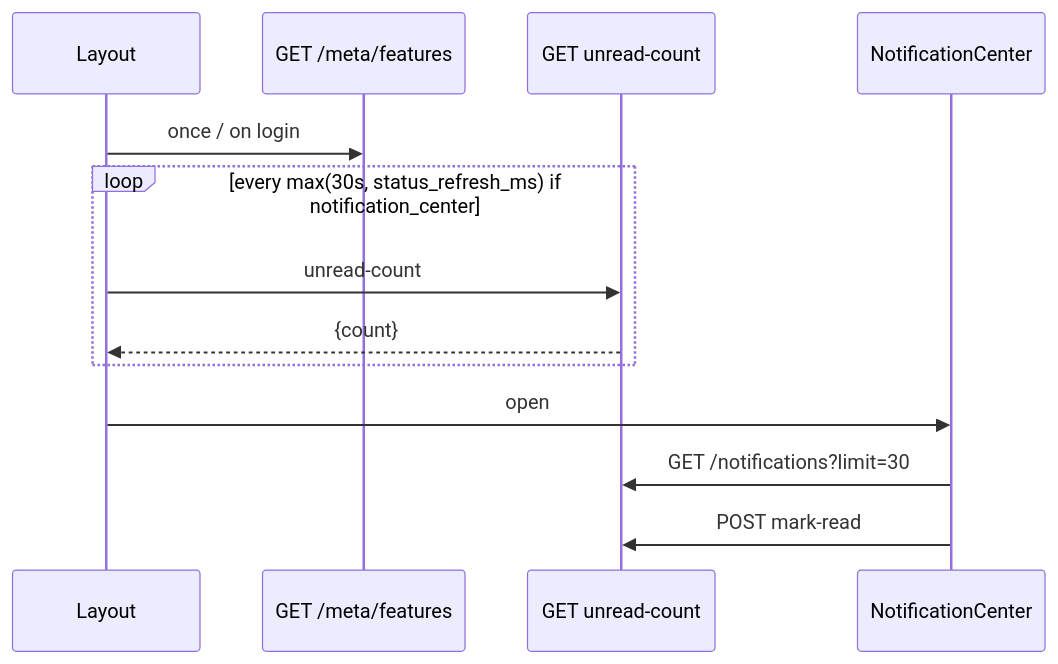
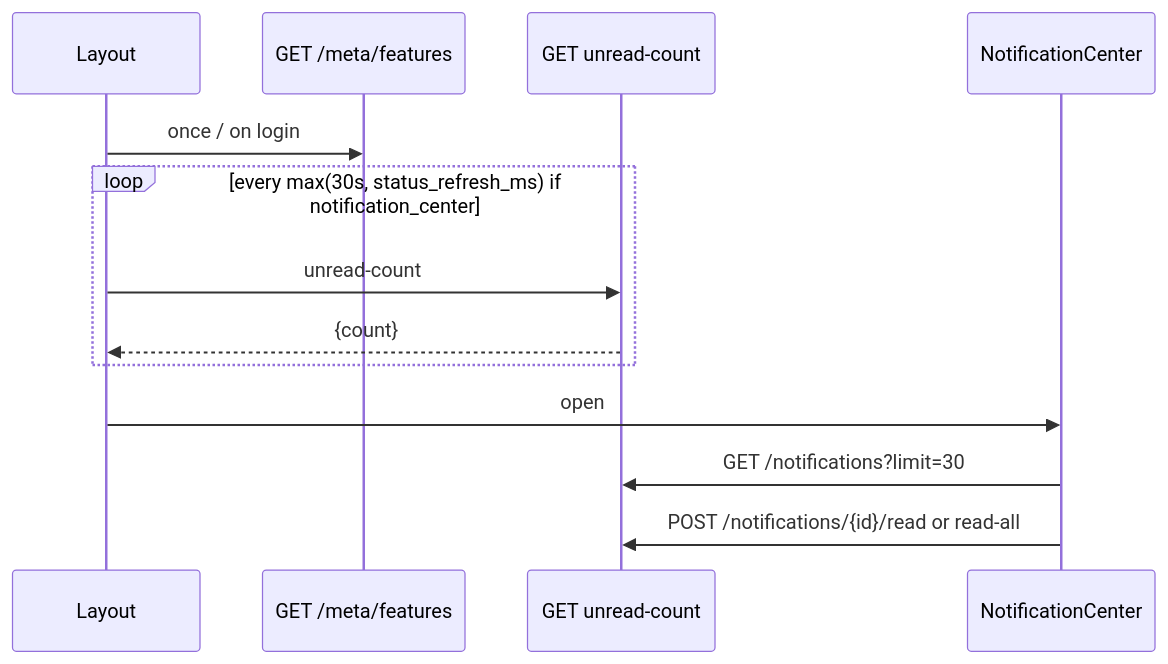
One commit to sarveshsood/Agentic-Cybersecurity-Threat-Intelligence-Incident-Response-Advisor changed the third of 4 diagrams in docs/product/COLLABORATION_AND_SAVED_FILTERS_DESIGN.md. Above: the diagram before and after it, drawn with Mermaid. The commit also changed other lines of this file and 188 other files, not shown here.

````diff
--- a/docs/product/COLLABORATION_AND_SAVED_FILTERS_DESIGN.md
+++ b/docs/product/COLLABORATION_AND_SAVED_FILTERS_DESIGN.md
@@ -651,16 +661,16 @@
 ```mermaid
 sequenceDiagram
   participant Layout
   participant Feat as GET /meta/features
   participant API as GET unread-count
   participant Drawer as NotificationCenter
 
   Layout->>Feat: once / on login
   loop every max(30s, status_refresh_ms) if notification_center
     Layout->>API: unread-count
     API-->>Layout: {count}
   end
   Layout->>Drawer: open
   Drawer->>API: GET /notifications?limit=30
-  Drawer->>API: POST mark-read
+  Drawer->>API: POST /notifications/{id}/read or read-all
 ```
````
